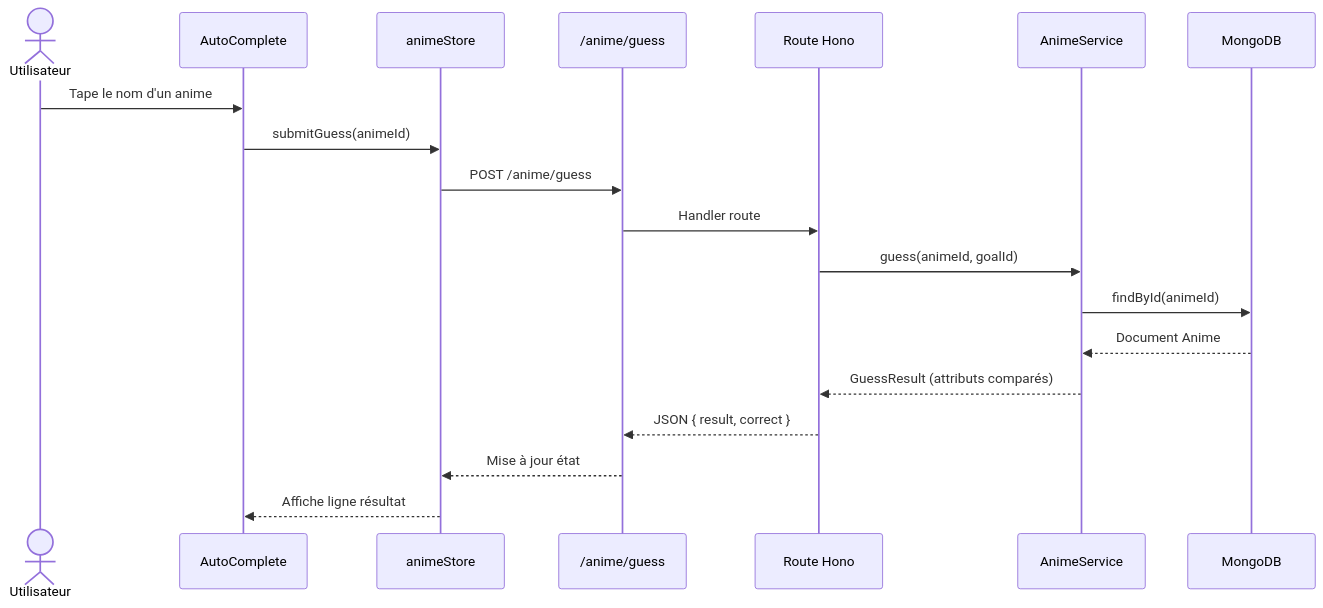
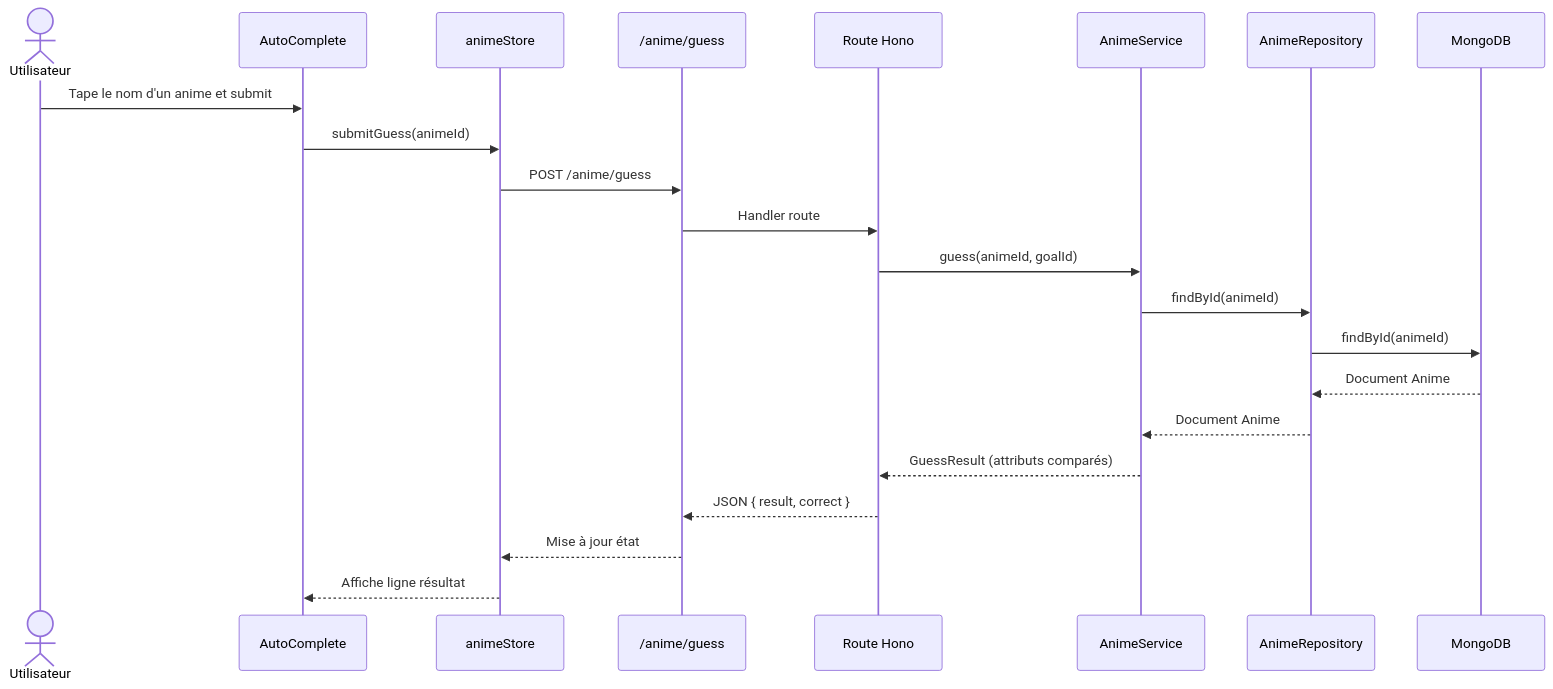
The second of 2 diagrams in slides.md (Shiyamii/presentation-animdle), drawn with Mermaid before and after one commit. The commit also changed other lines of this file, not shown here.

````diff
--- a/slides.md
+++ b/slides.md
@@ -337,22 +337,25 @@
-```mermaid {scale: 0.75}
+```mermaid {scale: 0.45}
 sequenceDiagram
     actor U as Utilisateur
     participant C as AutoComplete
     participant S as animeStore
     participant API as /anime/guess
     participant R as Route Hono
     participant Sv as AnimeService
+    participant Rp as AnimeRepository
     participant DB as MongoDB
 
-    U->>C: Tape le nom d'un anime
+    U->>C: Tape le nom d'un anime et submit
     C->>S: submitGuess(animeId)
     S->>API: POST /anime/guess
     API->>R: Handler route
     R->>Sv: guess(animeId, goalId)
-    Sv->>DB: findById(animeId)
-    DB-->>Sv: Document Anime
+    Sv->>Rp: findById(animeId)
+    Rp->>DB: findById(animeId)
+    DB-->>Rp: Document Anime
+    Rp-->>Sv: Document Anime
     Sv-->>R: GuessResult (attributs comparés)
     R-->>API: JSON { result, correct }
     API-->>S: Mise à jour état
     S-->>C: Affiche ligne résultat
 ```
````
